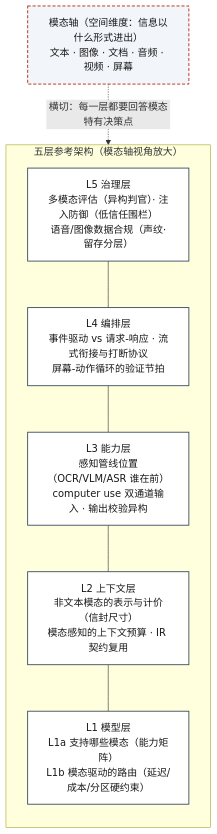
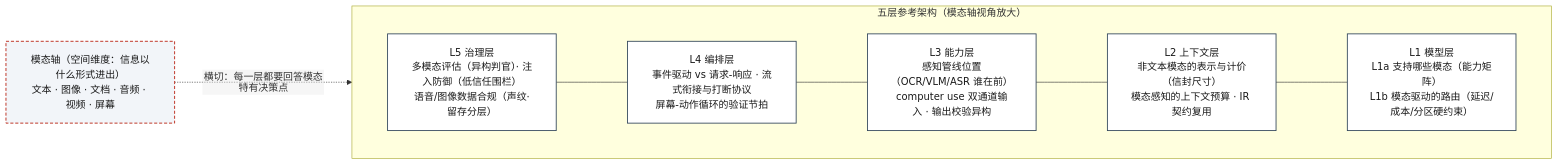
One commit to jeffery9/digital-apprentice changed the diagram in agentbook/图表/图13-1_模态轴横切总图.mmd. Above: the diagram before and after it, drawn with Mermaid. The commit also changed 32739 other files, not shown here.

```diff
--- a/agentbook/图表/图13-1_模态轴横切总图.mmd
+++ b/agentbook/图表/图13-1_模态轴横切总图.mmd
@@ -1,20 +1,21 @@
 %% 图 13-1｜模态轴横切总图（第 13 章，与第 14 章共用）
 %% 在图 2-1 五层两轴总图上高亮模态轴：一条虚线带自 L1a 贯穿至 L5，每层标注模态特有决策点。
-flowchart TB
+%%{init: {"flowchart": {"nodeSpacing": 70, "rankSpacing": 90, "padding": 18, "htmlLabels": false}}}%%
+flowchart LR
     subgraph STACK["五层参考架构（模态轴视角放大）"]
-        direction TB
+        direction LR
         L5["L5 治理层<br/>多模态评估（异构判官）· 注入防御（低信任围栏）<br/>语音/图像数据合规（声纹·留存分层）"]
         L4["L4 编排层<br/>事件驱动 vs 请求-响应 · 流式衔接与打断协议<br/>屏幕-动作循环的验证节拍"]
         L3["L3 能力层<br/>感知管线位置（OCR/VLM/ASR 谁在前）<br/>computer use 双通道输入 · 输出校验异构"]
         L2["L2 上下文层<br/>非文本模态的表示与计价（信封尺寸）<br/>模态感知的上下文预算 · IR 契约复用"]
         L1["L1 模型层<br/>L1a 支持哪些模态（能力矩阵）<br/>L1b 模态驱动的路由（延迟/成本/分区硬约束）"]
         L5 --- L4 --- L3 --- L2 --- L1
     end
 
     MODAL["模态轴（空间维度：信息以什么形式进出）<br/>文本 · 图像 · 文档 · 音频 · 视频 · 屏幕"]
     MODAL -. "横切：每一层都要回答模态特有决策点" .-> STACK
 
     classDef layer fill:#fff,stroke:#33475b,stroke-width:1.4px,color:#1a1a1a
     classDef axis fill:#f2f5f9,stroke:#c0392b,stroke-width:1.6px,color:#1a1a1a,stroke-dasharray:5 3
     class L5,L4,L3,L2,L1 layer
     class MODAL axis
```
